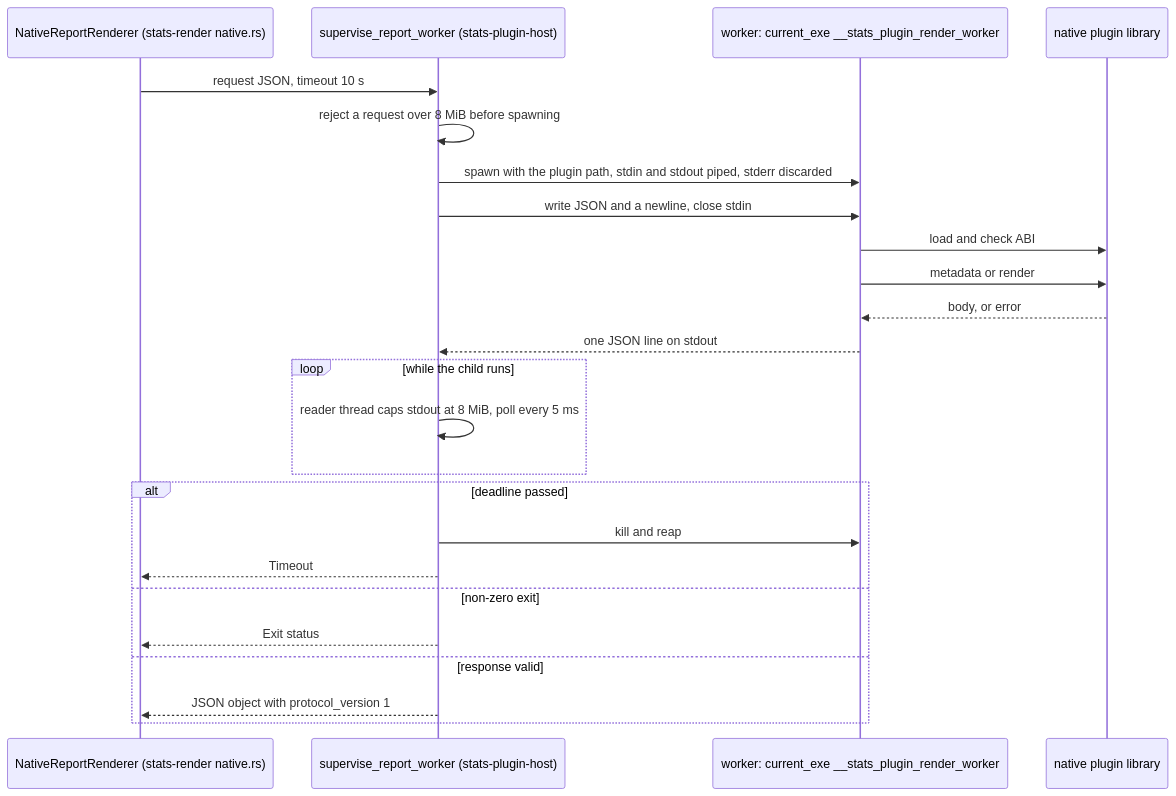
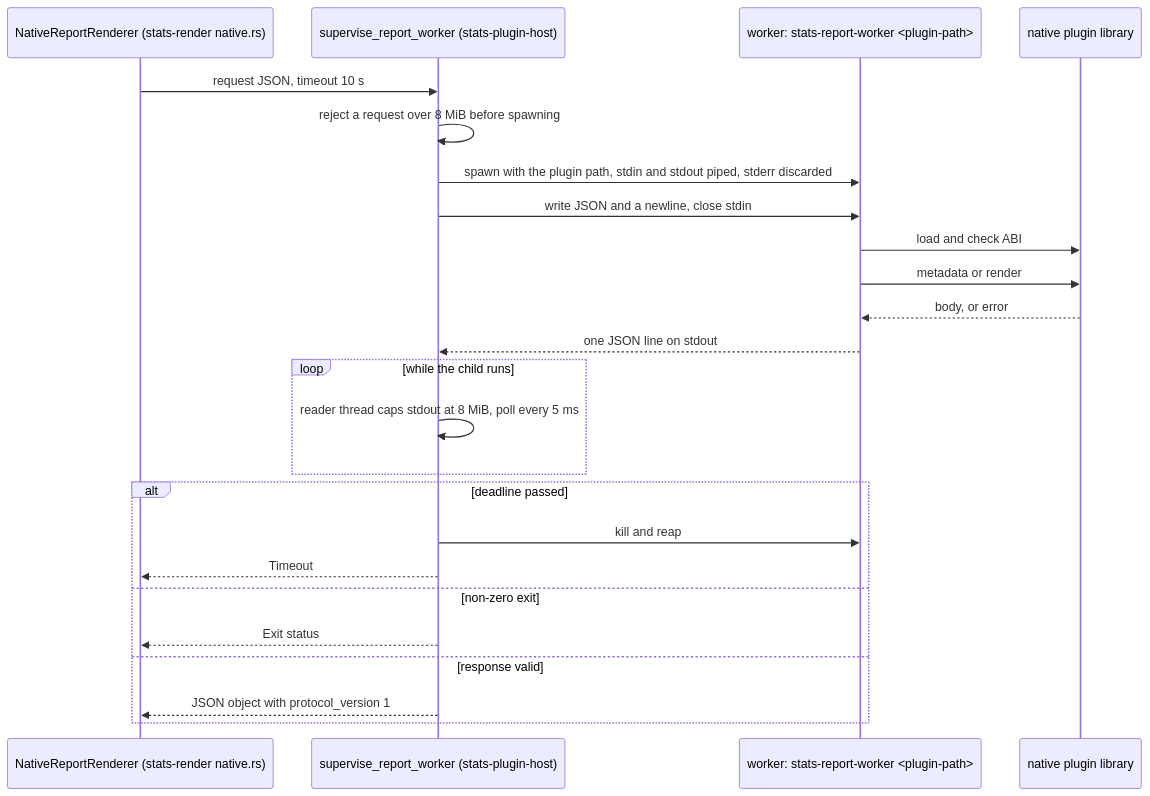
One commit to avkghost/stats changed the first of 2 diagrams in docs/modules/plugins.md. Above: the diagram before and after it, drawn with Mermaid. The commit also changed other lines of this file and 25 other files, not shown here.

````diff
--- a/docs/modules/plugins.md
+++ b/docs/modules/plugins.md
@@ -43,27 +47,27 @@
 ```mermaid
 sequenceDiagram
     participant Renderer as NativeReportRenderer (stats-render native.rs)
     participant Sup as supervise_report_worker (stats-plugin-host)
-    participant Child as worker: current_exe __stats_plugin_render_worker
+    participant Child as worker: stats-report-worker <plugin-path>
     participant Plugin as native plugin library
 
     Renderer->>Sup: request JSON, timeout 10 s
     Sup->>Sup: reject a request over 8 MiB before spawning
     Sup->>Child: spawn with the plugin path, stdin and stdout piped, stderr discarded
     Sup->>Child: write JSON and a newline, close stdin
     Child->>Plugin: load and check ABI
     Child->>Plugin: metadata or render
     Plugin-->>Child: body, or error
     Child-->>Sup: one JSON line on stdout
     loop while the child runs
         Sup->>Sup: reader thread caps stdout at 8 MiB, poll every 5 ms
     end
     alt deadline passed
         Sup->>Child: kill and reap
         Sup-->>Renderer: Timeout
     else non-zero exit
         Sup-->>Renderer: Exit status
     else response valid
         Sup-->>Renderer: JSON object with protocol_version 1
     end
 ```
````
